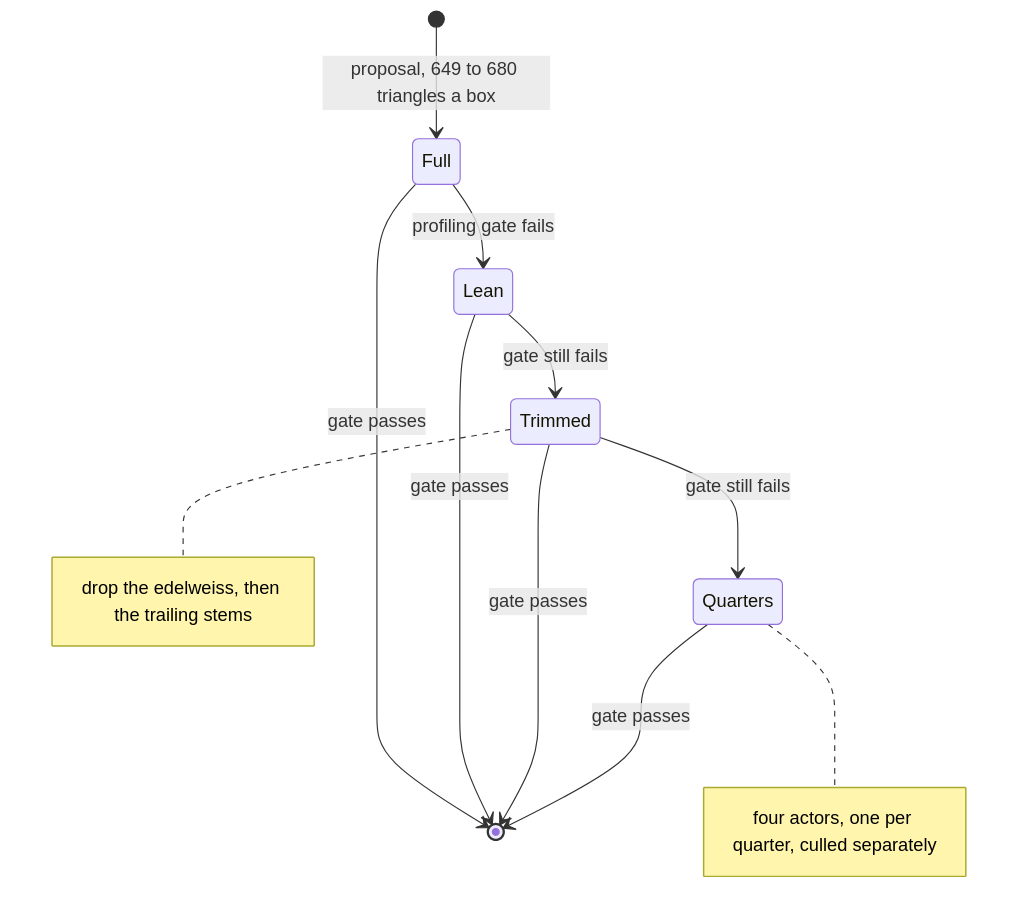
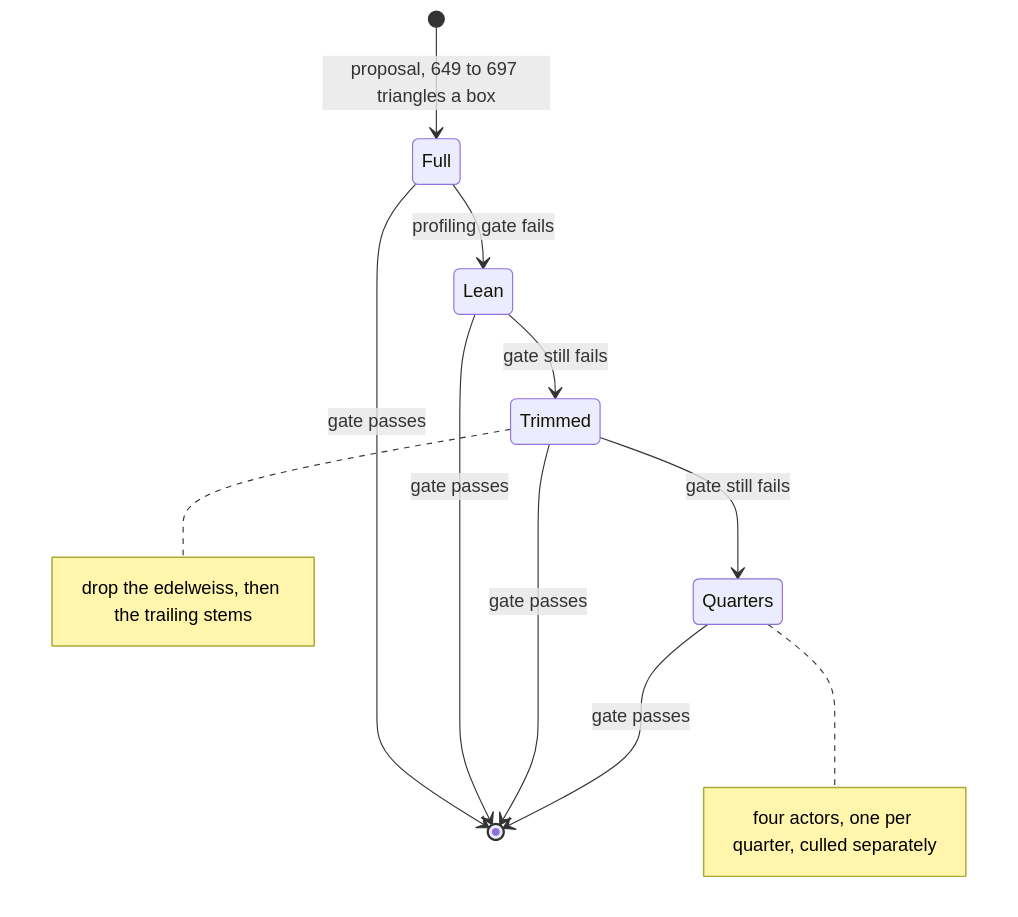
Before and after one commit to wbniv/WorldFoundry: the second of 3 diagrams in docs/plans/2026-11-22-cuckoo-village-flowers.md, drawn with Mermaid. The commit also changed other lines of this file and 7 other files, not shown here.

First line of the commit message:
Flowers: a real geranium (round umbels on tall stems, big round leaves, ivy trailing stems)

````diff
--- a/docs/plans/2026-11-22-cuckoo-village-flowers.md
+++ b/docs/plans/2026-11-22-cuckoo-village-flowers.md
@@ -62,13 +62,13 @@
 ```mermaid
 stateDiagram-v2
-    [*] --> Full: proposal, 649 to 680 triangles a box
+    [*] --> Full: proposal, 649 to 697 triangles a box
     Full --> Lean: profiling gate fails
     Lean --> Trimmed: gate still fails
     Trimmed --> Quarters: gate still fails
     Full --> [*]: gate passes
     Lean --> [*]: gate passes
     Trimmed --> [*]: gate passes
     Quarters --> [*]: gate passes
     note right of Trimmed: drop the edelweiss, then the trailing stems
     note right of Quarters: four actors, one per quarter, culled separately
 ```
````
